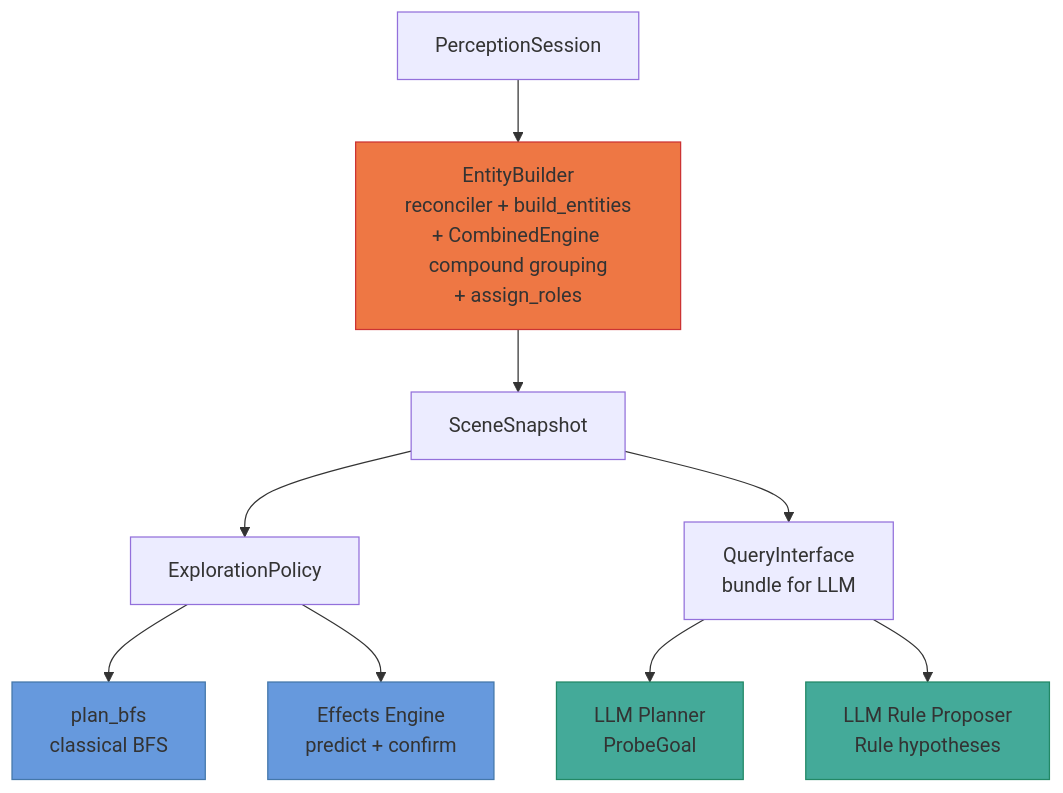
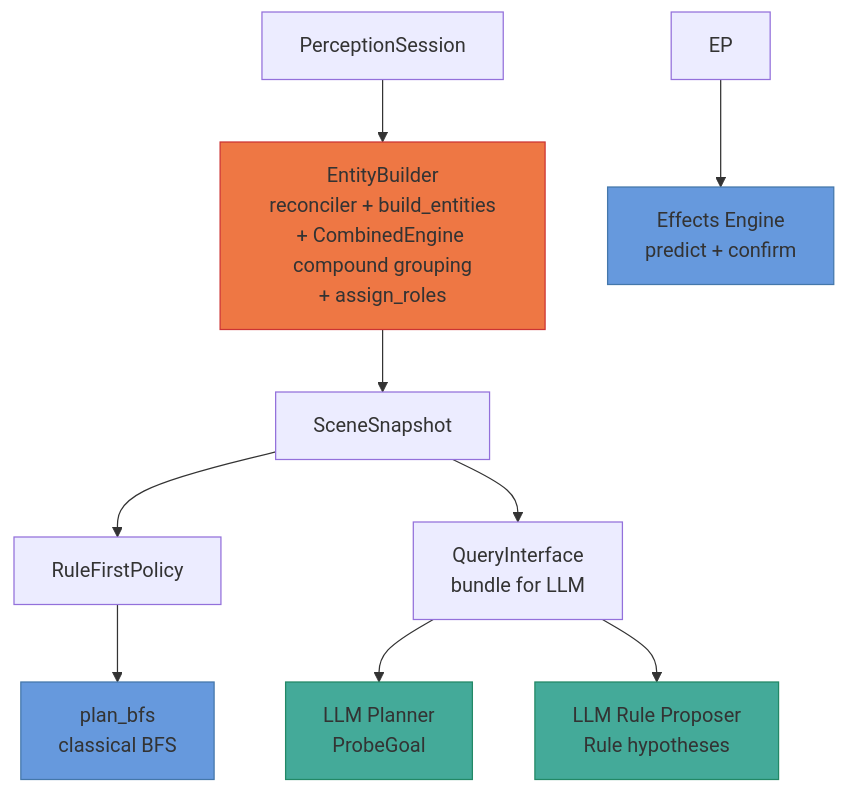
One commit to peara/ARC-AGI-3-Agents changed the first of 8 diagrams in docs/reports/llm-curiosity-agent.md. Above: the diagram before and after it, drawn with Mermaid. The commit also changed other lines of this file and 16 other files, not shown here.

First line of the commit message:
refactor(cleanup): delete ExplorationPolicy, update tests, remove v1 docs

````diff
--- a/docs/reports/llm-curiosity-agent.md
+++ b/docs/reports/llm-curiosity-agent.md
@@ -29,17 +29,17 @@
 ```mermaid
 graph TD
     PS[PerceptionSession] --> EB[EntityBuilder<br/>reconciler + build_entities<br/>+ CombinedEngine compound grouping<br/>+ assign_roles]
     EB --> SS[SceneSnapshot]
-    SS --> EP[ExplorationPolicy]
+    SS --> RFP[RuleFirstPolicy]
     SS --> QI[QueryInterface<br/>bundle for LLM]
-    EP --> BFS[plan_bfs<br/>classical BFS]
+    RFP --> BFS[plan_bfs<br/>classical BFS]
     QI --> LP[LLM Planner<br/>ProbeGoal]
     QI --> LRP[LLM Rule Proposer<br/>Rule hypotheses]
     EP --> EE[Effects Engine<br/>predict + confirm]
 
     style LP fill:#4a9,stroke:#286
     style LRP fill:#4a9,stroke:#286
     style EE fill:#69d,stroke:#47a
     style BFS fill:#69d,stroke:#47a
     style EB fill:#e74,stroke:#c33
 ```
````
